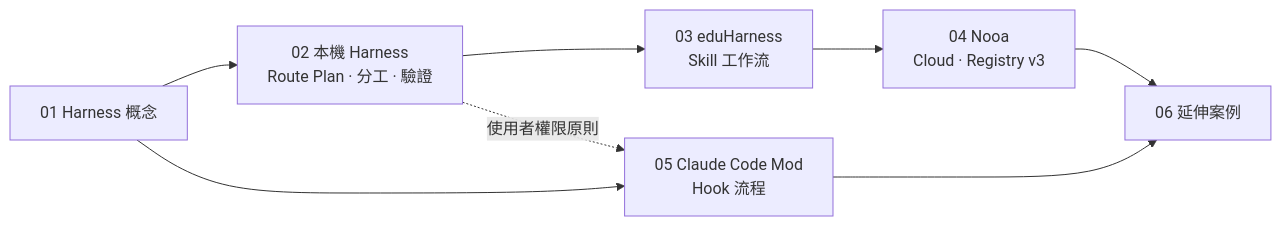
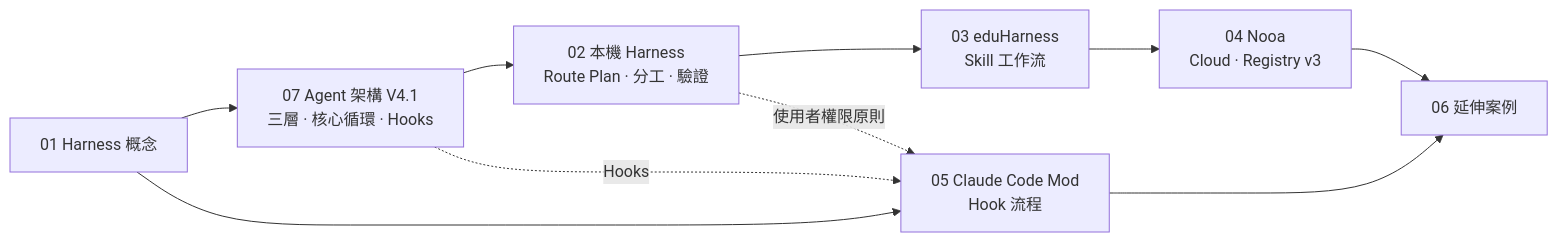
The diagram in README.md (bai-collab/llm_teach), drawn with Mermaid before and after one commit. The commit also changed other lines of this file and 4 other files, not shown here.

First line of the commit message:
Add lesson 07: AI Agent architecture V4.1 (Harness, Agent loop, Hooks)

````diff
--- a/README.md
+++ b/README.md
@@ -29,10 +33,12 @@
 ```mermaid
 flowchart LR
-    L1[01 Harness 概念] --> L2[02 本機 Harness<br/>Route Plan · 分工 · 驗證]
+    L1[01 Harness 概念] --> L7[07 Agent 架構 V4.1<br/>三層 · 核心循環 · Hooks]
+    L7 --> L2[02 本機 Harness<br/>Route Plan · 分工 · 驗證]
+    L7 -.Hooks.-> L5
     L2 --> L3[03 eduHarness<br/>Skill 工作流]
     L3 --> L4[04 Nooa<br/>Cloud · Registry v3]
     L1 --> L5[05 Claude Code Mod<br/>Hook 流程]
     L2 -.使用者權限原則.-> L5
     L4 --> L6[06 延伸案例]
     L5 --> L6
 ```
````
